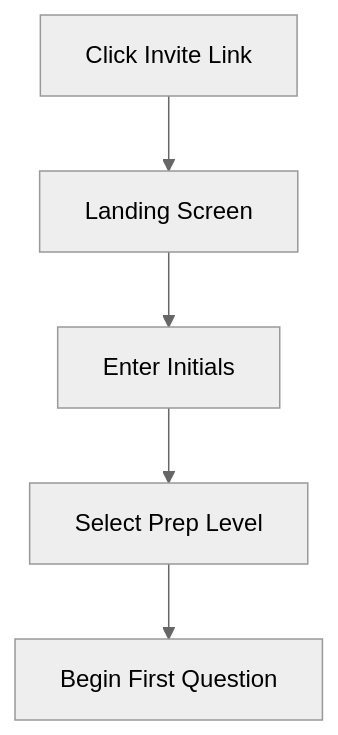
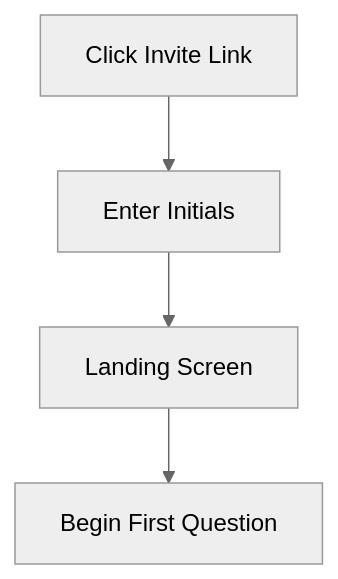
The diagram in docs/02-requirements/use-cases/v2/UC-C1-Candidate-Accesses-the-Interview-Session.md (fusbox/Interview-Coach), drawn with Mermaid (neutral theme) before and after one commit. The commit also changed other lines of this file and 17 other files, not shown here.

````diff
--- a/docs/02-requirements/use-cases/v2/UC-C1-Candidate-Accesses-the-Interview-Session.md
+++ b/docs/02-requirements/use-cases/v2/UC-C1-Candidate-Accesses-the-Interview-Session.md
@@ -33,7 +36,6 @@
 ```mermaid
 graph TD
-    Link[Click Invite Link] --> Landing[Landing Screen]
-    Landing --> Initials[Enter Initials]
-    Initials --> Prep[Select Prep Level]
-    Prep --> Start[Begin First Question]
+    Link[Click Invite Link] --> Initials[Enter Initials]
+    Initials --> Landing[Landing Screen]
+    Landing --> Start[Begin First Question]
 ```
````
